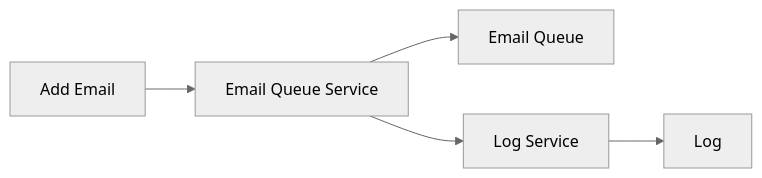
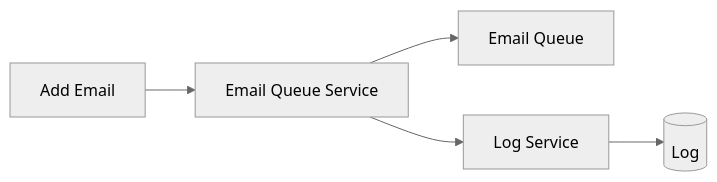
Before and after one commit to ad-developer/email-queue: the first of 2 diagrams in README.md, drawn with Mermaid (neutral theme). The commit also changed other lines of this file, not shown here.

````diff
--- a/README.md
+++ b/README.md
@@ -10,6 +10,6 @@
 ```mermaid
 graph LR
     addEmail[Add Email] --> emailService[Email Queue Service] --> emailQueue[Email Queue];
-    emailService --> logService[Log Service] --> Log[Log]
+    emailService --> logService[Log Service] --> Log[(Log)]
    
 ```
````
